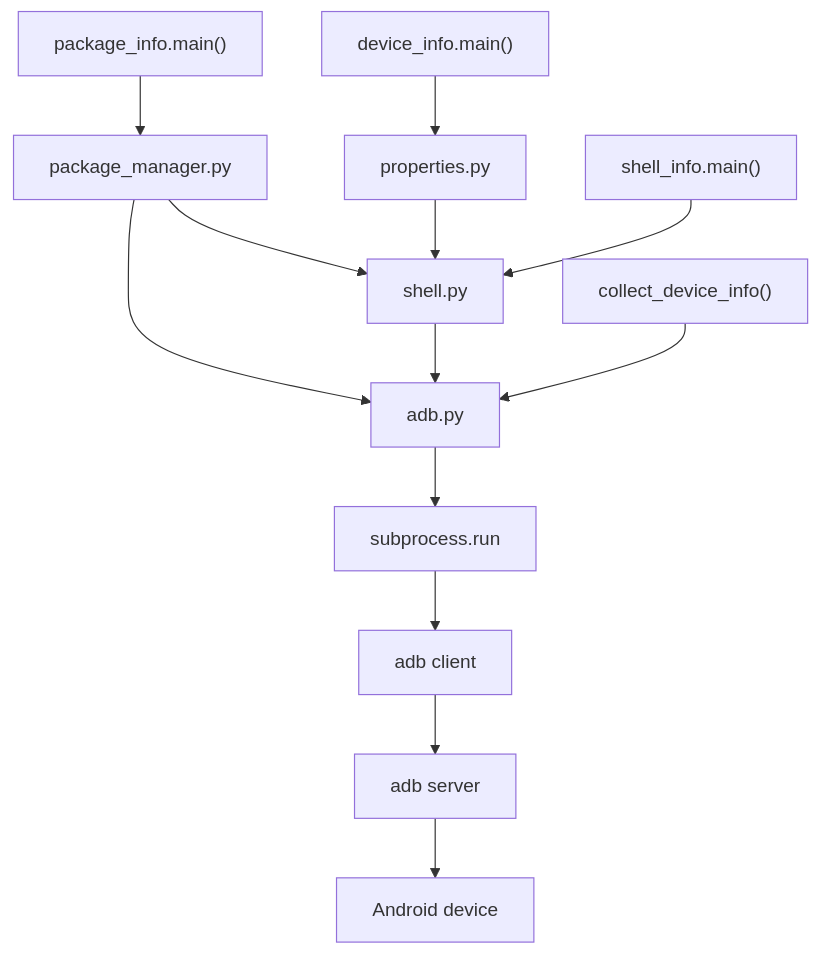
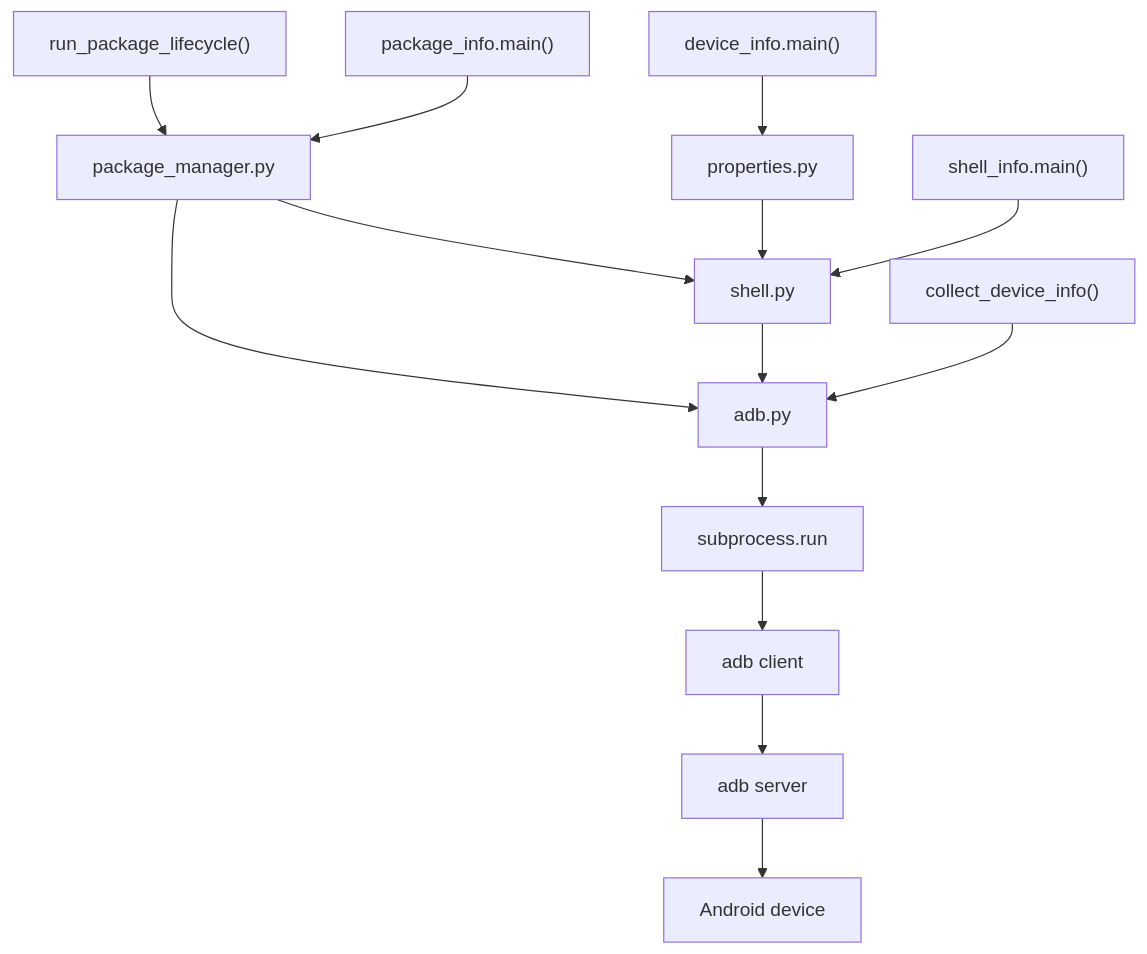
One commit to andrew771027/android-cookbook changed the diagram in docs/architecture.md. Above: the diagram before and after it, drawn with Mermaid. The commit also changed other lines of this file and 7 other files, not shown here.

````diff
--- a/docs/architecture.md
+++ b/docs/architecture.md
@@ -6,15 +6,16 @@
 ```mermaid
 flowchart TD
     DeviceInfo["device_info.main()"] --> Properties["properties.py"]
+    PackageLifecycle["run_package_lifecycle()"] --> PackageManager
     PackageInfo["package_info.main()"] --> PackageManager["package_manager.py"]
     PackageManager --> Shell
     PackageManager --> Adb
     Properties --> Shell["shell.py"]
     ShellInfo["shell_info.main()"] --> Shell
     Shell --> Adb["adb.py"]
     CollectDeviceInfo["collect_device_info()"] --> Adb
     Adb --> Subprocess["subprocess.run"]
     Subprocess --> Client["adb client"]
     Client --> Server["adb server"]
     Server --> Device["Android device"]
 ```
````
